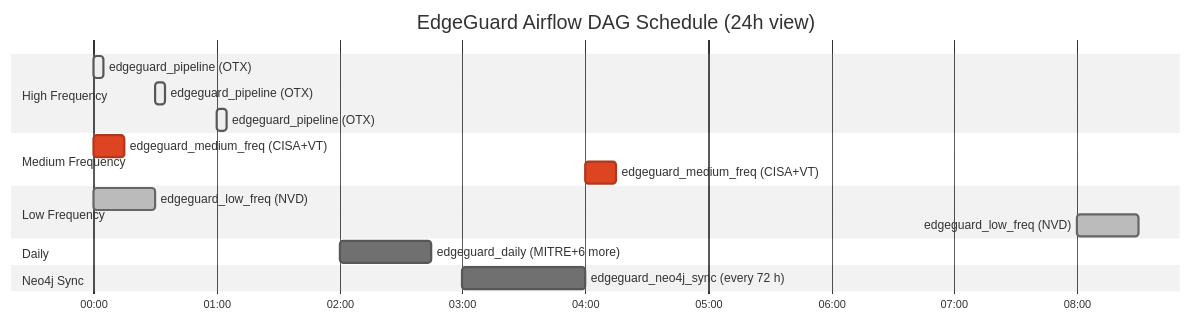
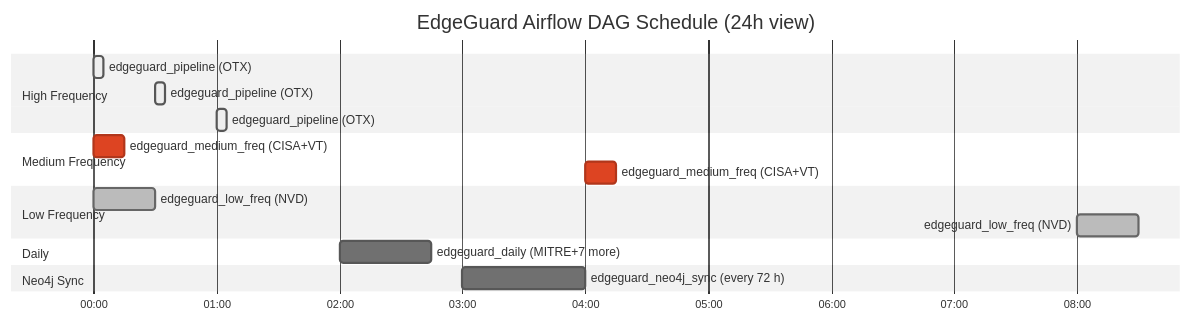
One commit to Kopanov/EdgeGuard-Knowledge-Graph changed the fourth of 8 diagrams in docs/ARCHITECTURE_DIAGRAMS.md. Above: the diagram before and after it, drawn with Mermaid (neutral theme). The commit also changed other lines of this file and 5 other files, not shown here.

First line of the commit message:
docs(architecture): correct the architecture, methodology and timestamp documents

````diff
--- a/docs/ARCHITECTURE_DIAGRAMS.md
+++ b/docs/ARCHITECTURE_DIAGRAMS.md
@@ -182,25 +187,25 @@
 ```mermaid
 gantt
     title EdgeGuard Airflow DAG Schedule (24h view)
     dateFormat HH:mm
     axisFormat %H:%M
 
     section High Frequency
     edgeguard_pipeline (OTX)        :active, 00:00, 00:05
     edgeguard_pipeline (OTX)        :active, 00:30, 00:35
     edgeguard_pipeline (OTX)        :active, 01:00, 01:05
 
     section Medium Frequency
     edgeguard_medium_freq (CISA+VT) :crit, 00:00, 00:15
     edgeguard_medium_freq (CISA+VT) :crit, 04:00, 04:15
 
     section Low Frequency
     edgeguard_low_freq (NVD)        :done, 00:00, 00:30
     edgeguard_low_freq (NVD)        :done, 08:00, 08:30
 
     section Daily
-    edgeguard_daily (MITRE+6 more)  :02:00, 02:45
+    edgeguard_daily (MITRE+7 more)  :02:00, 02:45
 
     section Neo4j Sync
     edgeguard_neo4j_sync (every 72 h) :03:00, 04:00
 ```
````
